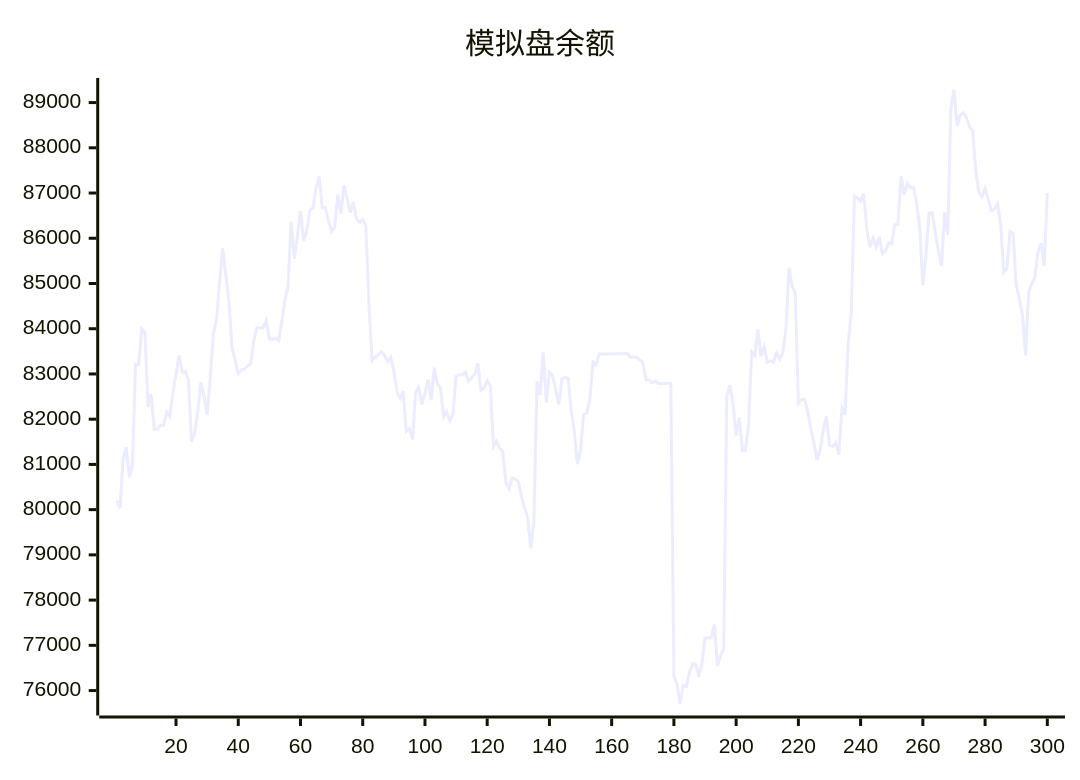
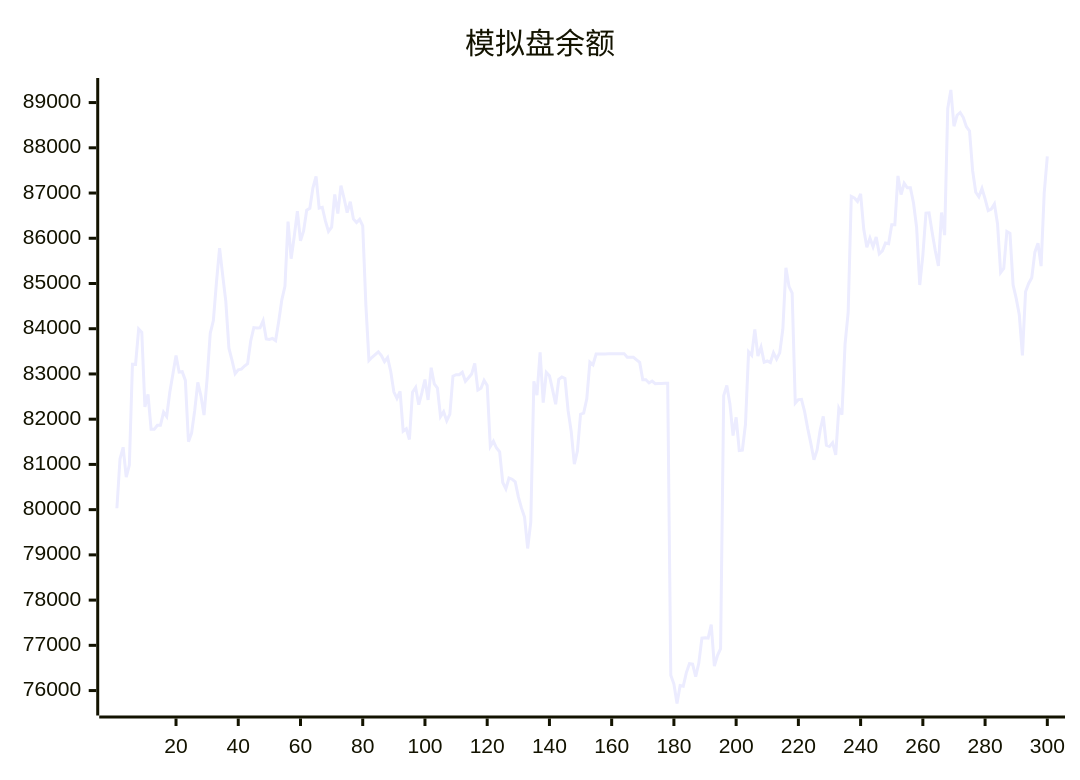
The diagram in README.md (aahl/ai-trading), drawn with Mermaid before and after one commit. The commit also changed other lines of this file and 1 other file, not shown here.

````diff
--- a/README.md
+++ b/README.md
@@ -5,5 +5,5 @@
 ```mermaid
 xychart
     title "模拟盘余额"
-    line [80198,80031,81120,81379,80718,80985,83214,83212,83993,83921,82270,82547,81776,81776,81866,81866,82158,82061,82596,83000,83408,83041,83050,82858,81503,81691,82188,82812,82517,82092,82901,83898,84180,85030,85781,85178,84604,83569,83298,83008,83093,83107,83175,83228,83729,84025,84017,84019,84177,83775,83762,83785,83738,84160,84639,84939,86370,85548,86046,86599,85942,86161,86622,86664,87115,87369,86666,86685,86384,86152,86243,86969,86548,87164,86885,86566,86809,86427,86348,86417,86273,84538,83299,83369,83430,83490,83404,83270,83362,83056,82605,82459,82614,81734,81788,81551,82598,82702,82320,82580,82878,82426,83139,82778,82686,82056,82166,81963,82110,82951,82983,82984,83038,82838,82915,82998,83235,82642,82682,82858,82746,81396,81512,81362,81277,80600,80461,80699,80673,80616,80288,80038,79836,79142,79722,82837,82533,83480,82366,83032,82960,82654,82330,82883,82934,82901,82188,81728,81005,81298,82110,82135,82449,83264,83203,83440,83439,83440,83440,83446,83447,83448,83447,83448,83449,83369,83369,83369,83313,83256,82872,82873,82801,82844,82785,82791,82791,82793,82794,76339,76145,75714,76110,76096,76397,76594,76585,76310,76607,77160,77170,77160,77456,76541,76774,76927,82520,82744,82337,81639,82040,81307,81314,81887,83490,83414,83984,83396,83594,83261,83287,83253,83470,83327,83465,83987,85348,84930,84786,82355,82433,82438,82167,81795,81466,81105,81315,81756,82064,81426,81398,81481,81210,82242,82099,83658,84359,86925,86892,86814,86980,86203,85802,86003,85811,86028,85657,85721,85896,85880,86300,86299,87378,86965,87214,87115,87118,86780,86238,84966,85623,86555,86562,86129,85722,85387,86569,86070,88870,89278,88477,88720,88781,88668,88467,88372,87493,87018,86917,87102,86870,86613,86644,86758,86317,85242,85334,86149,86106,84968,84671,84302,83410,84816,85001,85127,85693,85891,85384,87001]
+    line [80031,81120,81379,80718,80985,83214,83212,83993,83921,82270,82547,81776,81776,81866,81866,82158,82061,82596,83000,83408,83041,83050,82858,81503,81691,82188,82812,82517,82092,82901,83898,84180,85030,85781,85178,84604,83569,83298,83008,83093,83107,83175,83228,83729,84025,84017,84019,84177,83775,83762,83785,83738,84160,84639,84939,86370,85548,86046,86599,85942,86161,86622,86664,87115,87369,86666,86685,86384,86152,86243,86969,86548,87164,86885,86566,86809,86427,86348,86417,86273,84538,83299,83369,83430,83490,83404,83270,83362,83056,82605,82459,82614,81734,81788,81551,82598,82702,82320,82580,82878,82426,83139,82778,82686,82056,82166,81963,82110,82951,82983,82984,83038,82838,82915,82998,83235,82642,82682,82858,82746,81396,81512,81362,81277,80600,80461,80699,80673,80616,80288,80038,79836,79142,79722,82837,82533,83480,82366,83032,82960,82654,82330,82883,82934,82901,82188,81728,81005,81298,82110,82135,82449,83264,83203,83440,83439,83440,83440,83446,83447,83448,83447,83448,83449,83369,83369,83369,83313,83256,82872,82873,82801,82844,82785,82791,82791,82793,82794,76339,76145,75714,76110,76096,76397,76594,76585,76310,76607,77160,77170,77160,77456,76541,76774,76927,82520,82744,82337,81639,82040,81307,81314,81887,83490,83414,83984,83396,83594,83261,83287,83253,83470,83327,83465,83987,85348,84930,84786,82355,82433,82438,82167,81795,81466,81105,81315,81756,82064,81426,81398,81481,81210,82242,82099,83658,84359,86925,86892,86814,86980,86203,85802,86003,85811,86028,85657,85721,85896,85880,86300,86299,87378,86965,87214,87115,87118,86780,86238,84966,85623,86555,86562,86129,85722,85387,86569,86070,88870,89278,88477,88720,88781,88668,88467,88372,87493,87018,86917,87102,86870,86613,86644,86758,86317,85242,85334,86149,86106,84968,84671,84302,83410,84816,85001,85127,85693,85891,85384,87001,87811]
 ```
````
